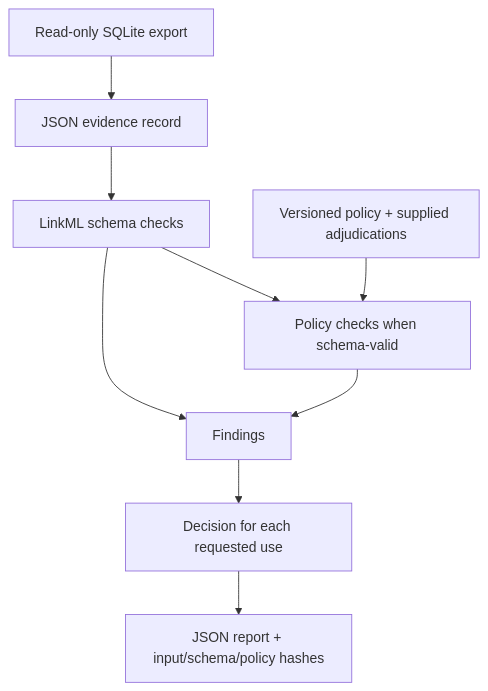
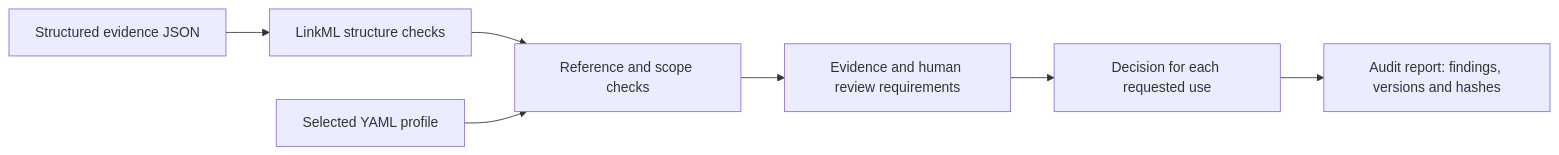
Before and after one commit to NingyuSUN/bioai-evidence-validator: the diagram in README.md, drawn with Mermaid. The commit also changed other lines of this file and 41 other files, not shown here.

````diff
--- a/README.md
+++ b/README.md
@@ -12,11 +15,9 @@
 ```mermaid
-flowchart TD
-    A["JSON evidence record"] --> C["LinkML schema checks"]
-    B["Read-only SQLite export"] --> A
-    C --> D["Policy checks when schema-valid"]
-    E["Versioned policy + supplied adjudications"] --> D
-    C --> F["Findings"]
-    D --> F
-    F --> G["Decision for each requested use"]
-    G --> H["JSON report + input/schema/policy hashes"]
+flowchart LR
+    A["Structured evidence JSON"] --> B["LinkML structure checks"]
+    B --> C["Reference and scope checks"]
+    P["Selected YAML profile"] --> C
+    C --> D["Evidence and human review requirements"]
+    D --> E["Decision for each requested use"]
+    E --> F["Audit report: findings, versions and hashes"]
 ```
````
